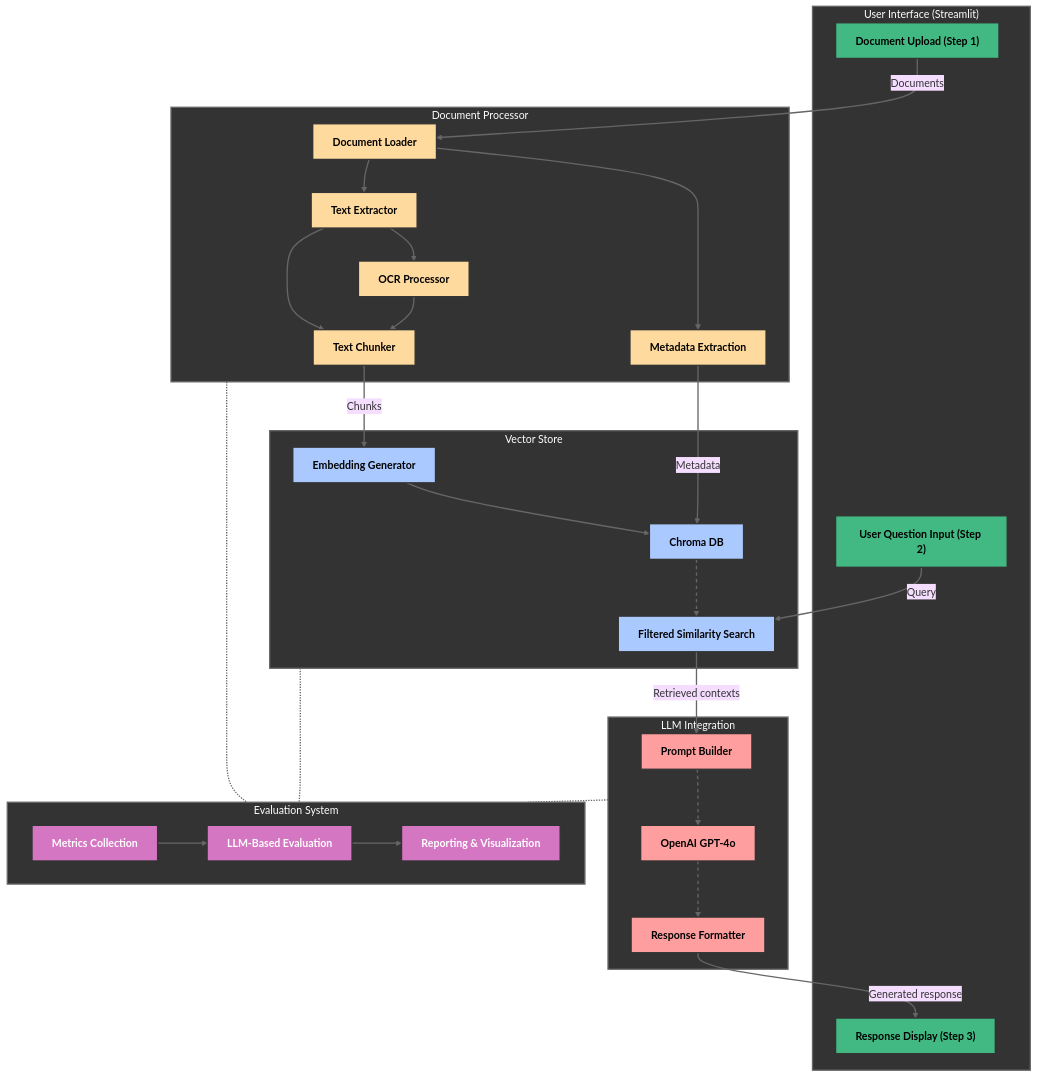
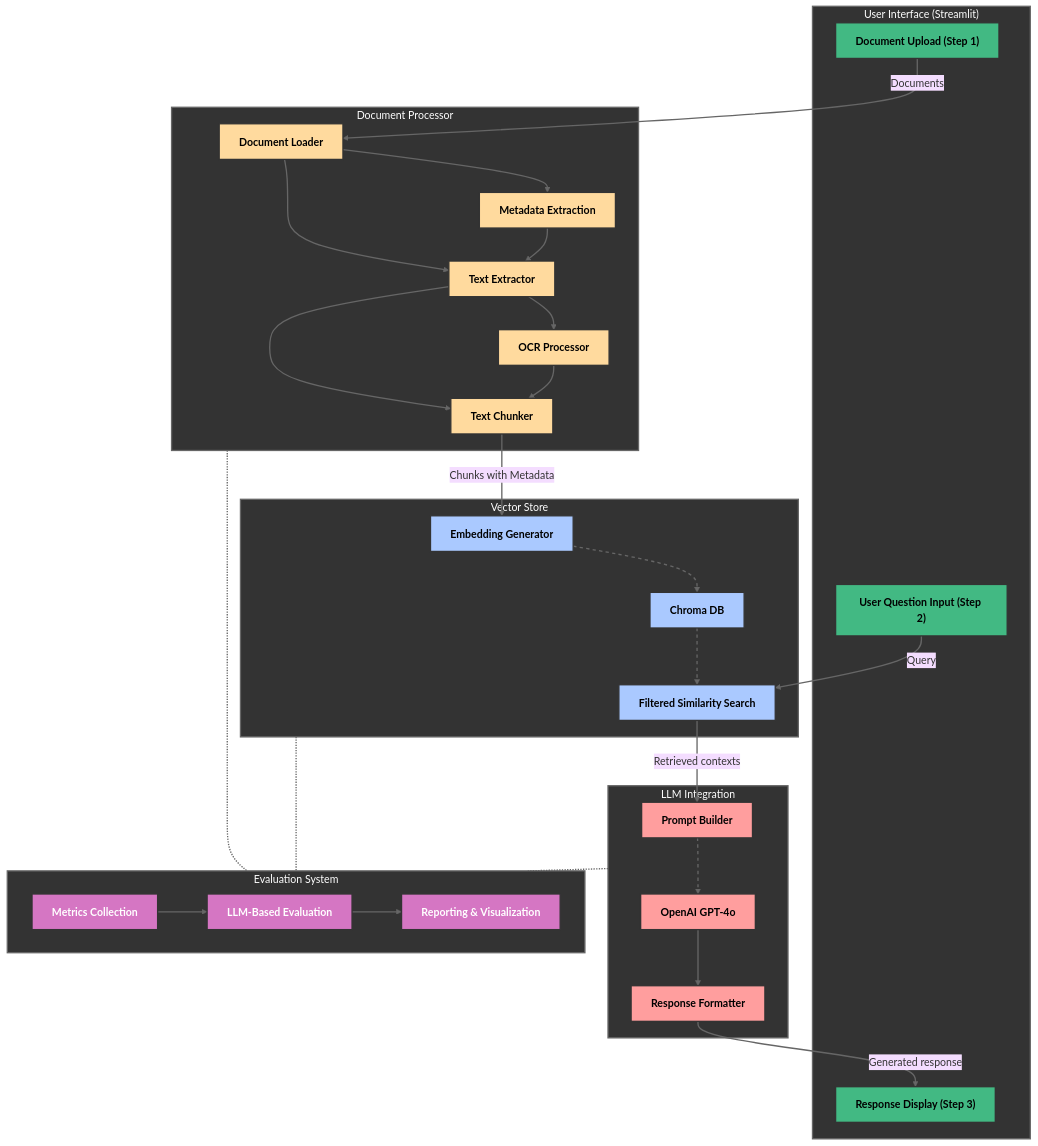
Before and after one commit to mdwaquarahmad/fortune500-rag: the diagram in README.md, drawn with Mermaid (base theme). The commit also changed other lines of this file, not shown here.

````diff
--- a/README.md
+++ b/README.md
@@ -36,72 +36,72 @@
 ```mermaid
 flowchart TD
     %% User Interface Component
     subgraph UI["User Interface (Streamlit)"]
         style UI fill:#333333,stroke:#666666,stroke-width:2px,color:white
         A1["Document Upload (Step 1)"]
         A2["User Question Input (Step 2)"]
         A3["Response Display (Step 3)"]
     end
     
     %% Document Processor Component
     subgraph DP["Document Processor"]
         style DP fill:#333333,stroke:#666666,stroke-width:2px,color:white
         B1["Document Loader"] --> B2["Text Extractor"]
         B2 --> B3["OCR Processor"]
         B2 --> B4["Text Chunker"]
         B3 --> B4
         B1 --> B5["Metadata Extraction"]
+        B5 --> B2
     end
     
     %% Vector Store Component
     subgraph VS["Vector Store"]
         style VS fill:#333333,stroke:#666666,stroke-width:2px,color:white
         C1["Embedding Generator"] --> C2["Chroma DB"]
         C2 --> C3["Filtered Similarity Search"]
     end
     
     %% LLM Integration Component
     subgraph LLM["LLM Integration"]
         style LLM fill:#333333,stroke:#666666,stroke-width:2px,color:white
         D1["Prompt Builder"] --> D2["OpenAI GPT-4o"]
         D2 --> D3["Response Formatter"]
     end
     
     %% Evaluation System Component
     subgraph EVAL["Evaluation System"]
         style EVAL fill:#333333,stroke:#666666,stroke-width:2px,color:white
         E1["Metrics Collection"] --> E2["LLM-Based Evaluation"]
         E2 --> E3["Reporting & Visualization"]
     end
     
     %% Main Data Flow Connections - Solid Lines
     A1 -- "Documents" --> B1
-    B4 -- "Chunks" --> C1
-    B5 -- "Metadata" --> C2
+    B4 -- "Chunks with Metadata" --> C1
     A2 -- "Query" --> C3
     C3 -- "Retrieved contexts" --> D1
     D3 -- "Generated response" --> A3
     
     %% Evaluation System Connections - Dotted Lines (no arrows)
     DP -.- EVAL
     VS -.- EVAL
     LLM -.- EVAL
     
     %% Styling for specific components
     classDef uiComponents fill:#42b983,stroke:#333,stroke-width:2px,color:black,font-weight:bold
     classDef dpComponents fill:#ffda9e,stroke:#333,stroke-width:2px,color:black,font-weight:bold
     classDef vsComponents fill:#aac9ff,stroke:#333,stroke-width:2px,color:black,font-weight:bold
     classDef llmComponents fill:#ff9e9e,stroke:#333,stroke-width:2px,color:black,font-weight:bold
     classDef evalComponents fill:#d576c3,stroke:#333,stroke-width:2px,color:white,font-weight:bold
     
     %% Apply styles to components
     class A1,A2,A3 uiComponents
     class B1,B2,B3,B4,B5 dpComponents
     class C1,C2,C3 vsComponents
     class D1,D2,D3 llmComponents
     class E1,E2,E3 evalComponents
     
     %% Link styling
     linkStyle default stroke:#666,stroke-width:2px
     linkStyle 6,7,8 stroke:#666,stroke-width:2px,stroke-dasharray:5 5
 ```
````
